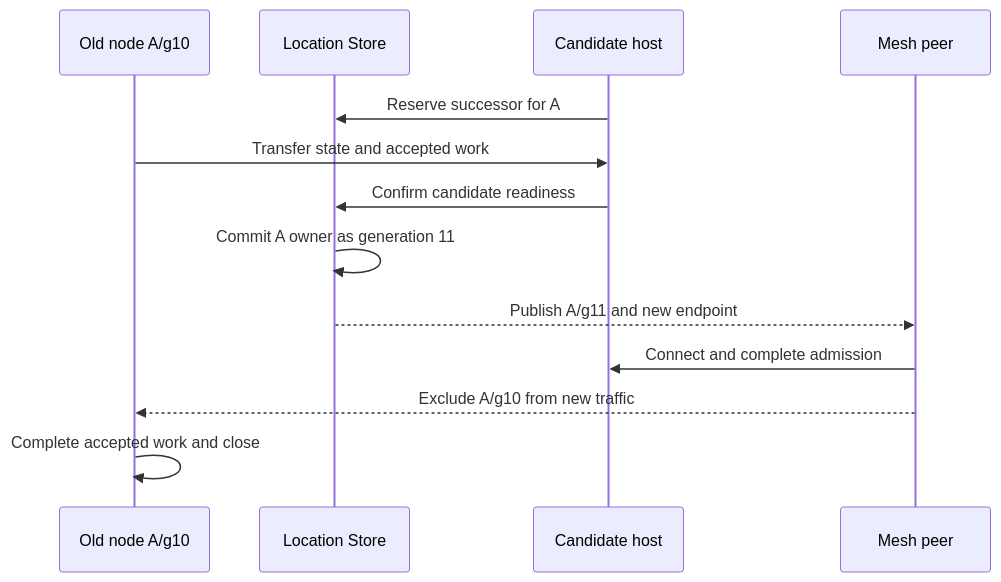
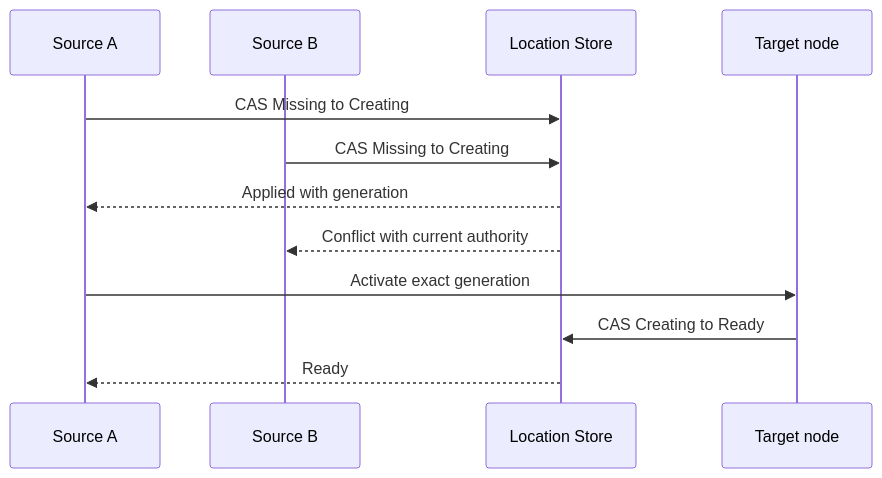
One commit to kairos-code-dev/zlink changed the second of 2 diagrams in framework/doc/plan/v11.0/actor-spot-remote-placement-and-node-identity-change-proposal.ko.md. Above: the diagram before and after it, drawn with Mermaid. The commit also changed other lines of this file and 4 other files, not shown here.

````diff
--- a/framework/doc/plan/v11.0/actor-spot-remote-placement-and-node-identity-change-proposal.ko.md
+++ b/framework/doc/plan/v11.0/actor-spot-remote-placement-and-node-identity-change-proposal.ko.md
@@ -213,16 +244,15 @@
 ```mermaid
 sequenceDiagram
-    participant Old as Old node A/g10
+    participant A as Source A
+    participant B as Source B
     participant Store as Location Store
-    participant New as Candidate host
-    participant Peer as Mesh peer
+    participant Target as Target node
 
-    New->>Store: Reserve successor for A
-    Old->>New: Transfer state and accepted work
-    New->>Store: Confirm candidate readiness
-    Store->>Store: Commit A owner as generation 11
-    Store-->>Peer: Publish A/g11 and new endpoint
-    Peer->>New: Connect and complete admission
-    Peer-->>Old: Exclude A/g10 from new traffic
-    Old->>Old: Complete accepted work and close
+    A->>Store: CAS Missing to Creating
+    B->>Store: CAS Missing to Creating
+    Store-->>A: Applied with generation
+    Store-->>B: Conflict with current authority
+    A->>Target: Activate exact generation
+    Target->>Store: CAS Creating to Ready
+    Store-->>A: Ready
 ```
````
